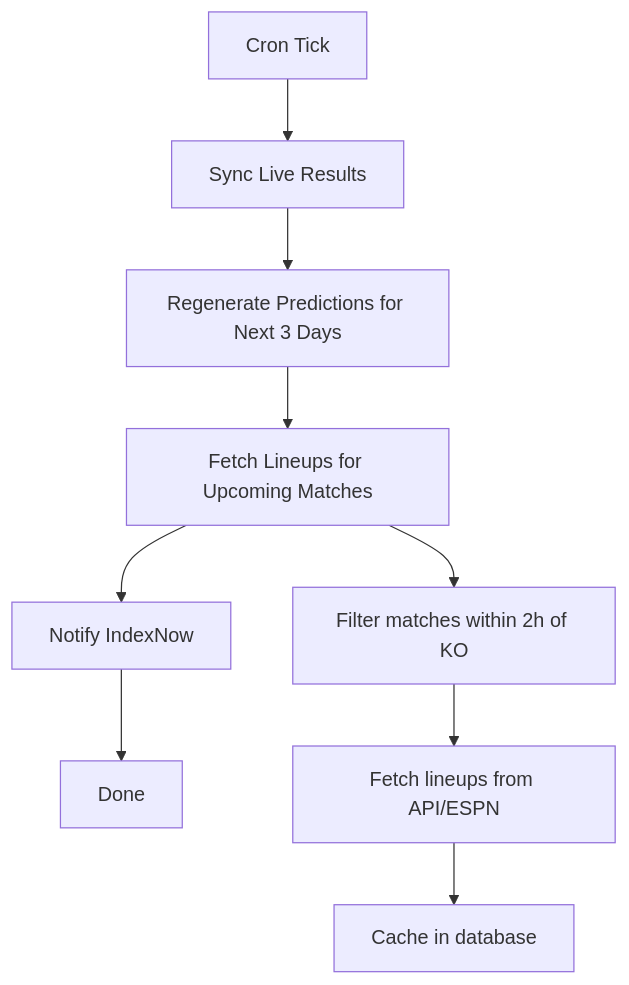
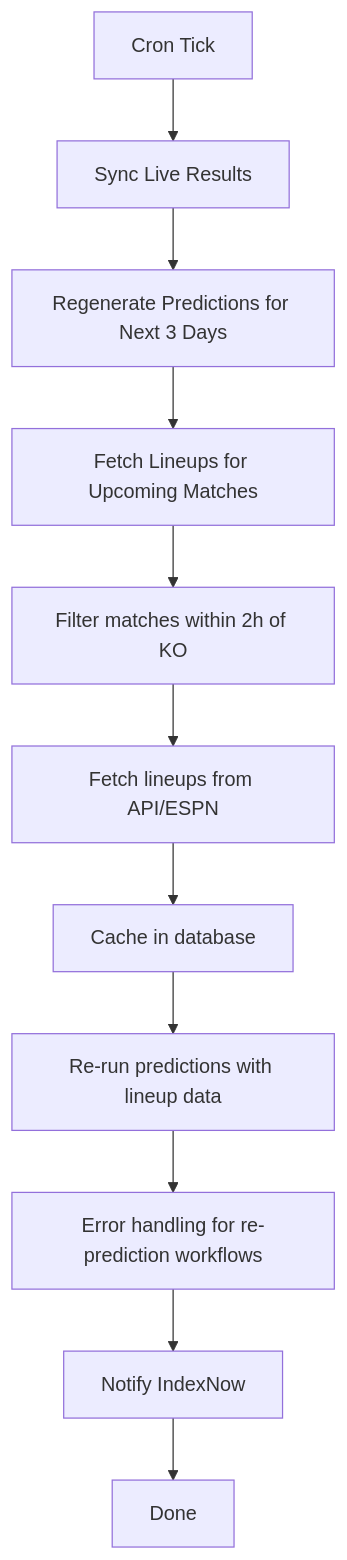
One commit to cheesiong/WC26-qwen changed diagram 11 of 12 in .qoder/repowiki/en/content/System Architecture/Backend Architecture.md. Above: the diagram before and after it, drawn with Mermaid. The commit also changed other lines of this file and 4 other files, not shown here.

Commit message:
Fix prediction cron: remove 2pm/4pm/6pm SGT, keep 8:30pm and 9:30pm SGT

````diff
--- a/.qoder/repowiki/en/content/System Architecture/Backend Architecture.md
+++ b/.qoder/repowiki/en/content/System Architecture/Backend Architecture.md
@@ -444,11 +444,13 @@
 ```mermaid
 flowchart TD
 CronStart["Cron Tick"] --> LiveSync["Sync Live Results"]
 LiveSync --> PredBatch["Regenerate Predictions for Next 3 Days"]
 PredBatch --> LineupCron["Fetch Lineups for Upcoming Matches"]
-LineupCron --> Notify["Notify IndexNow"]
-Notify --> CronEnd["Done"]
 LineupCron --> FilterMatches["Filter matches within 2h of KO"]
 FilterMatches --> FetchLineups["Fetch lineups from API/ESPN"]
 FetchLineups --> CacheLineups["Cache in database"]
+CacheLineups --> ReRunPredictions["Re-run predictions with lineup data"]
+ReRunPredictions --> ErrorHandling["Error handling for re-prediction workflows"]
+ErrorHandling --> Notify["Notify IndexNow"]
+Notify --> CronEnd["Done"]
 ```
````
